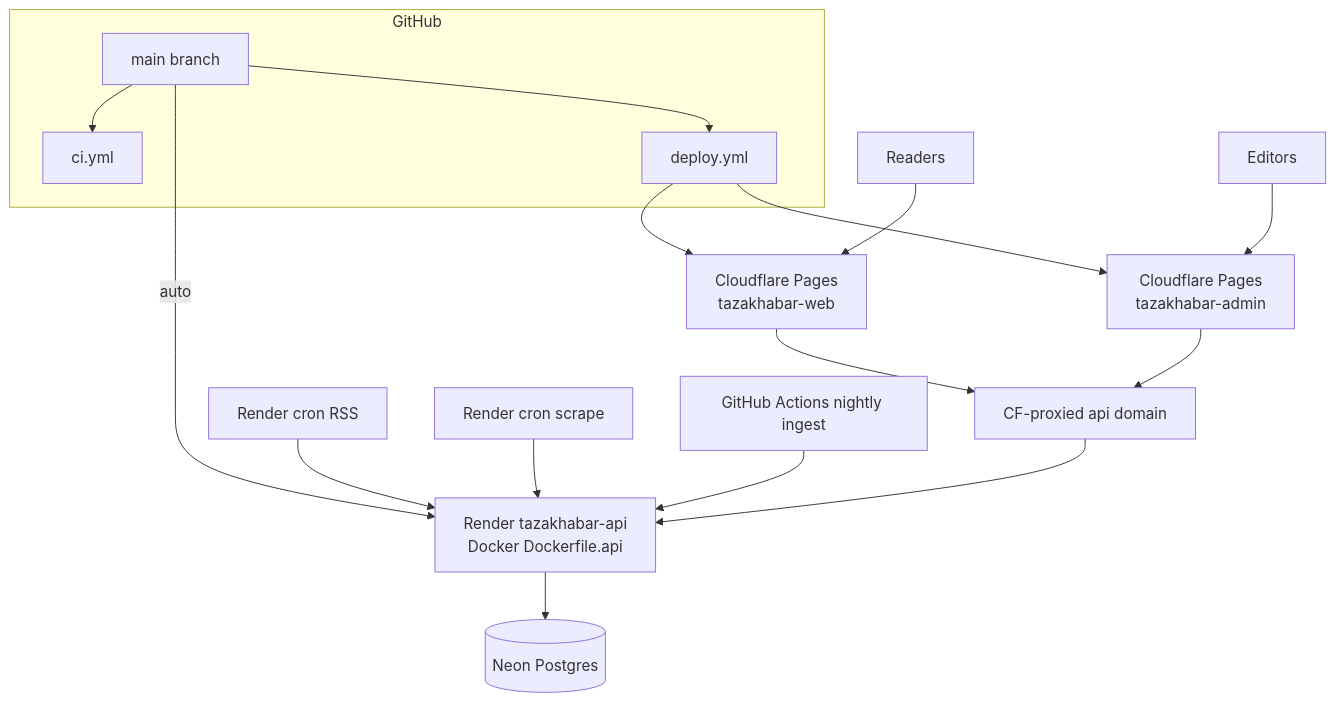
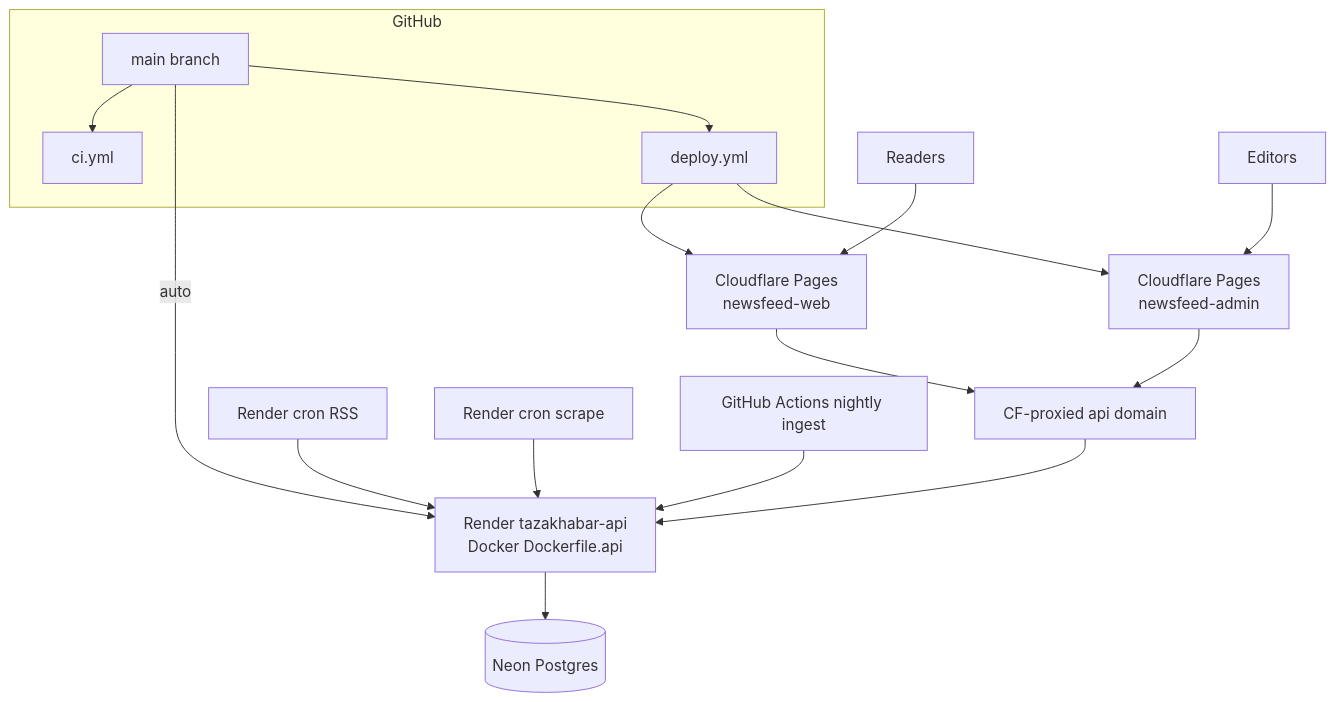
Before and after one commit to sshivanshg/TAZAkhabar: the diagram in docs/architecture/08-hosting-and-ci.md, drawn with Mermaid. The commit also changed other lines of this file and 30 other files, not shown here.

````diff
--- a/docs/architecture/08-hosting-and-ci.md
+++ b/docs/architecture/08-hosting-and-ci.md
@@ -17,23 +17,23 @@
 ```mermaid
 flowchart TB
   subgraph gh [GitHub]
     Main[main branch]
     CI[ci.yml]
     Deploy[deploy.yml]
   end
 
   Main --> CI
   Main -->|auto| Render[Render tazakhabar-api<br/>Docker Dockerfile.api]
   Main --> Deploy
-  Deploy --> PagesWeb[Cloudflare Pages<br/>tazakhabar-web]
-  Deploy --> PagesAdmin[Cloudflare Pages<br/>tazakhabar-admin]
+  Deploy --> PagesWeb[Cloudflare Pages<br/>newsfeed-web]
+  Deploy --> PagesAdmin[Cloudflare Pages<br/>newsfeed-admin]
   Render --> Neon[(Neon Postgres)]
   CronRSS[Render cron RSS] --> Render
   CronScrape[Render cron scrape] --> Render
   CronDaily[GitHub Actions nightly ingest] --> Render
   Readers[Readers] --> PagesWeb
   Editors[Editors] --> PagesAdmin
   PagesWeb --> CFAPI[CF-proxied api domain]
   PagesAdmin --> CFAPI
   CFAPI --> Render
 ```
````
